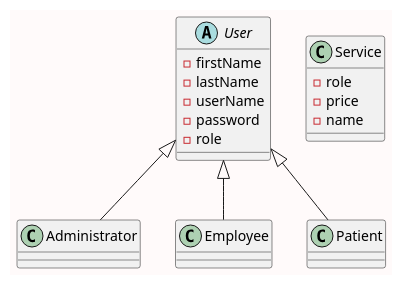
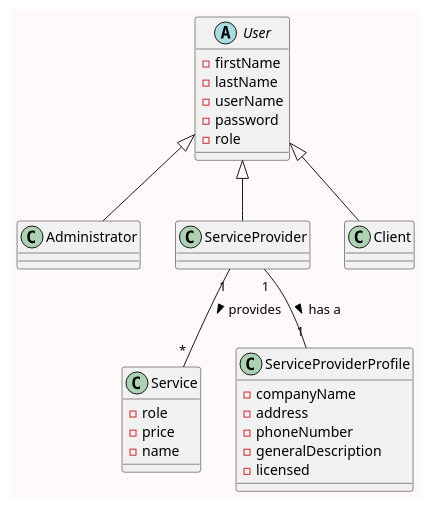
Before and after one commit to callmekungfu/chad: the diagram in accountManagementUML.puml, drawn with PlantUML. The commit also changed 1 other file, not shown here.

Commit message:
added uml

```diff
--- a/accountManagementUML.puml
+++ b/accountManagementUML.puml
@@ -2,28 +2,39 @@
 @startuml Account Management
-    skinparam backgroundColor Snow
+skinparam backgroundColor Snow
 
-    abstract class User{
-        -firstName
-        -lastName
-        -userName
-        -password
-        -role
-    }
+  abstract class User{
+      -firstName
+      -lastName
+      -userName
+      -password
+      -role
+  }
 
-    class Administrator extends User{
+  class Administrator extends User{
 
-    }
+  }
 
-    class Employee extends User{
+  class ServiceProvider extends User{
 
-    }
-    class Patient extends User{
+  }
+  class Client extends User{
 
-    }
+  }
 
-    class Service{
-      -role
-      -price
-      -name
-    }
+  class Service{
+    -role
+    -price
+    -name
+  }
+
+  class ServiceProviderProfile{
+    -companyName
+    -address
+    -phoneNumber
+    -generalDescription
+    -licensed
+  }
+
+  ServiceProvider "1" -- "1" ServiceProviderProfile: > has a
+  ServiceProvider "1" -- "*" Service: > provides
 @enduml
```
